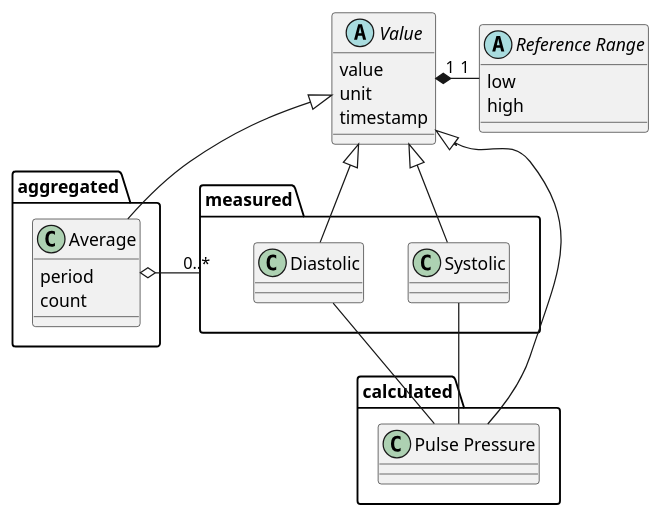
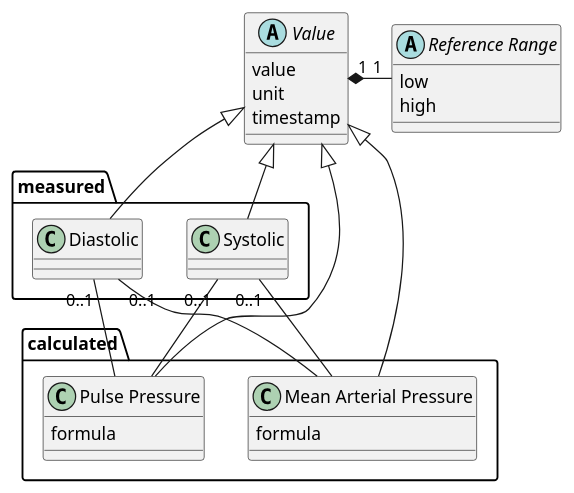
One commit to frankoemig/bloodpressure changed the diagram in input/images-source/calculation_model.plantuml. Above: the diagram before and after it, drawn with PlantUML. The commit also changed 7 other files, not shown here.

```diff
--- a/input/images-source/calculation_model.plantuml
+++ b/input/images-source/calculation_model.plantuml
@@ -1,54 +1,55 @@
 @startuml
 
 
 abstract class "Value" as value {
     value
     unit
     timestamp
 }
 
 abstract class "Reference Range" as range {
     low
     high
 }
 
 value "1" *-right- "1" range
 
 package "measured" as measured {
 
 
 class "Systolic" as syst {
 }
 
 class "Diastolic" as diast {
 }
 }
 
 package "calculated" as calc {
 
 class "Pulse Pressure" as pulse {
-}
+    formula
 }
 
-package "aggregated" as agg {
+class "Mean Arterial Pressure" as mean {
+    formula
+}
 
-class "Average" as avg {
-    period
-    count
-}
 
 }
 
-avg o-right- "0..*" measured
 
-syst -- pulse
-diast -- pulse
+syst "0..1" -- pulse
+diast "0..1" -- pulse
 
-value <|-- avg
+syst "0..1" -- mean
+diast "0..1" -- mean
+
+
 value <|-- syst
 value <|-- diast
 value <|-- pulse
+value <|-- mean
 
 
 
 @enduml
```
